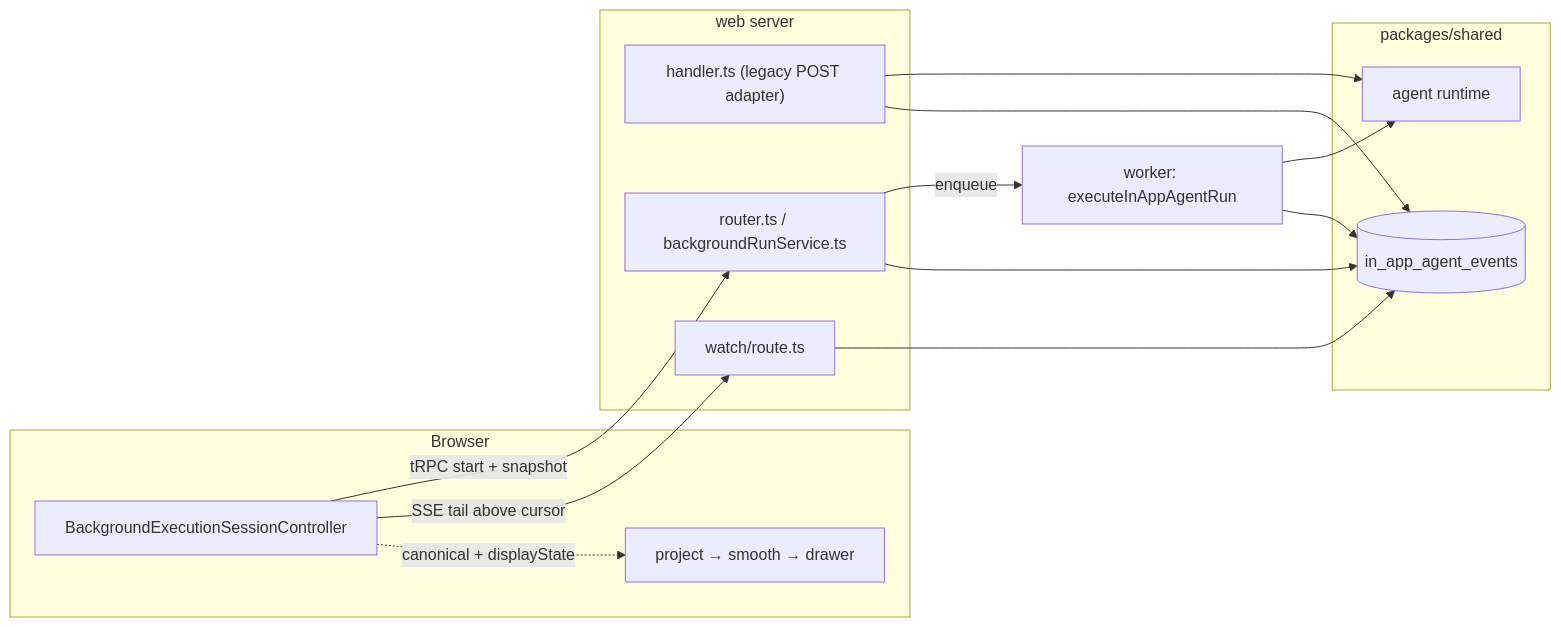
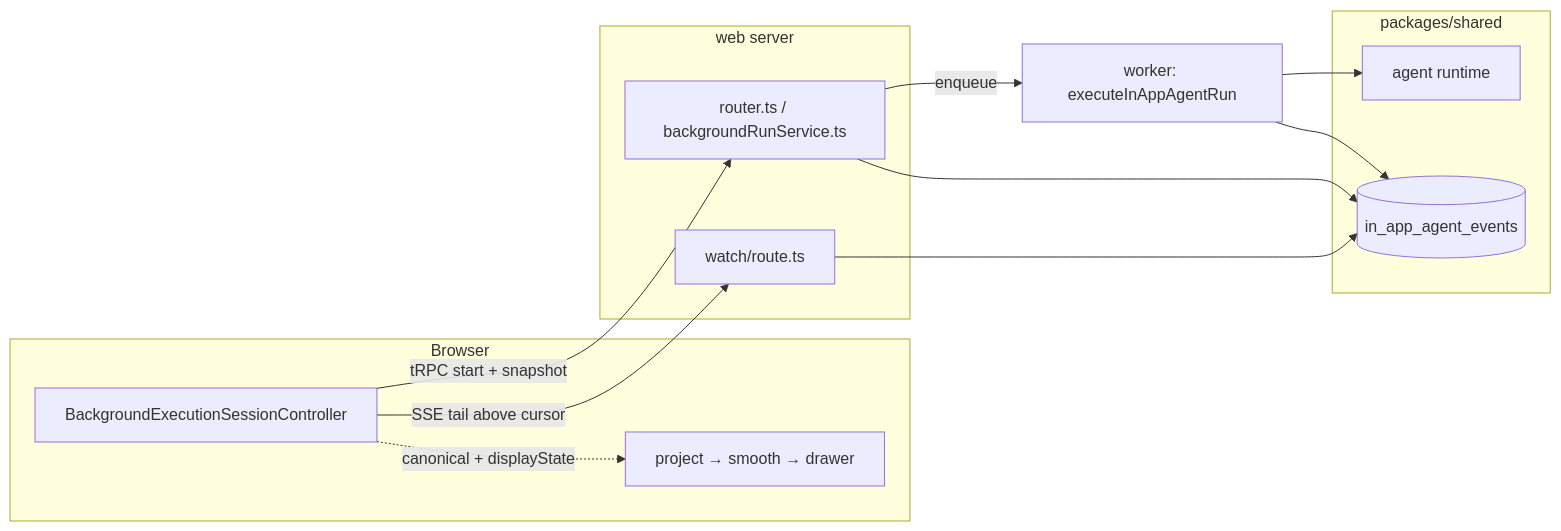
Before and after one commit to langfuse/langfuse: the diagram in web/src/features/in-app-agent/ARCHITECTURE.md, drawn with Mermaid. The commit also changed other lines of this file and 19 other files, not shown here.

````diff
--- a/web/src/features/in-app-agent/ARCHITECTURE.md
+++ b/web/src/features/in-app-agent/ARCHITECTURE.md
@@ -75,30 +74,26 @@
 ```mermaid
 flowchart LR
   subgraph Browser
     S["BackgroundExecutionSessionController"]
     R["project → smooth → drawer"]
   end
   subgraph WebServer["web server"]
-    H["handler.ts (legacy POST adapter)"]
     RT["router.ts / backgroundRunService.ts"]
     WR["watch/route.ts"]
   end
   subgraph Shared["packages/shared"]
     L[("in_app_agent_events")]
     A["agent runtime"]
   end
   W["worker: executeInAppAgentRun"]
-
-  H --> A
-  H --> L
 
   S -->|"tRPC start + snapshot"| RT
   RT -->|"enqueue"| W
   W --> A
   W --> L
   S -->|"SSE tail above cursor"| WR
   RT --> L
   WR --> L
 
   S -.->|"canonical + displayState"| R
 ```
````
